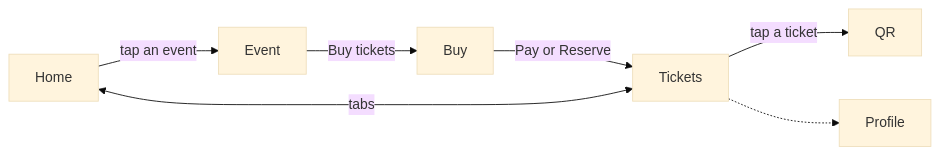
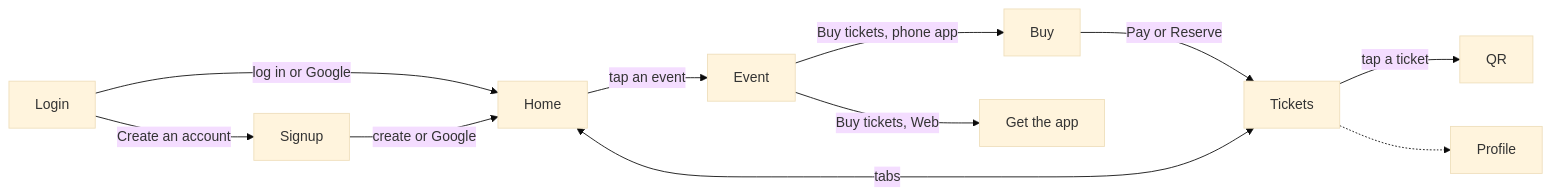
One commit to joaocvduarte/homeout changed the diagram in aidd_docs/memory/navigation.md. Above: the diagram before and after it, drawn with Mermaid (base theme). The commit also changed other lines of this file and 8 other files, not shown here.

First line of the commit message:
docs(app): record accounts, the Web edition and the new screens in memory

````diff
--- a/aidd_docs/memory/navigation.md
+++ b/aidd_docs/memory/navigation.md
@@ -13,9 +15,13 @@
 ```mermaid
 flowchart LR
+  Login -->|Create an account| Signup
+  Login -->|log in or Google| Home
+  Signup -->|create or Google| Home
   Home -->|tap an event| Event
-  Event -->|Buy tickets| Buy
+  Event -->|Buy tickets, phone app| Buy
+  Event -->|Buy tickets, Web| GetApp[Get the app]
   Buy -->|Pay or Reserve| Tickets
   Tickets -->|tap a ticket| QR
   Home <-->|tabs| Tickets
   Tickets -.-> Profile
 ```
````
